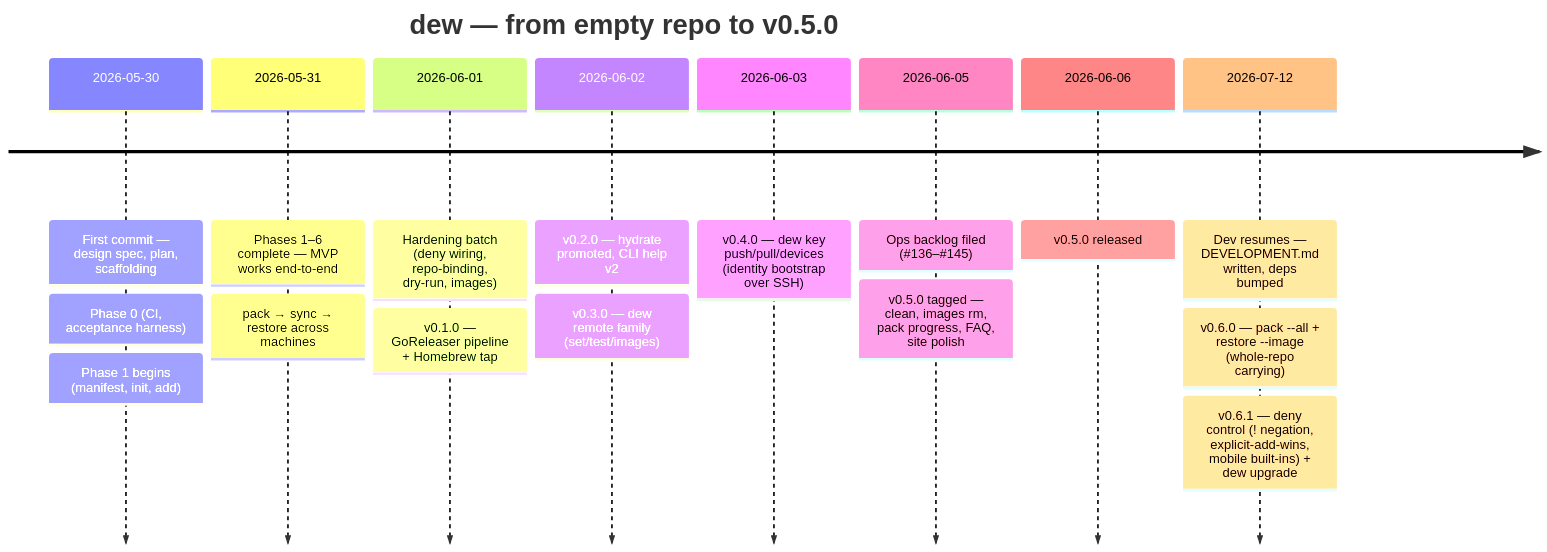
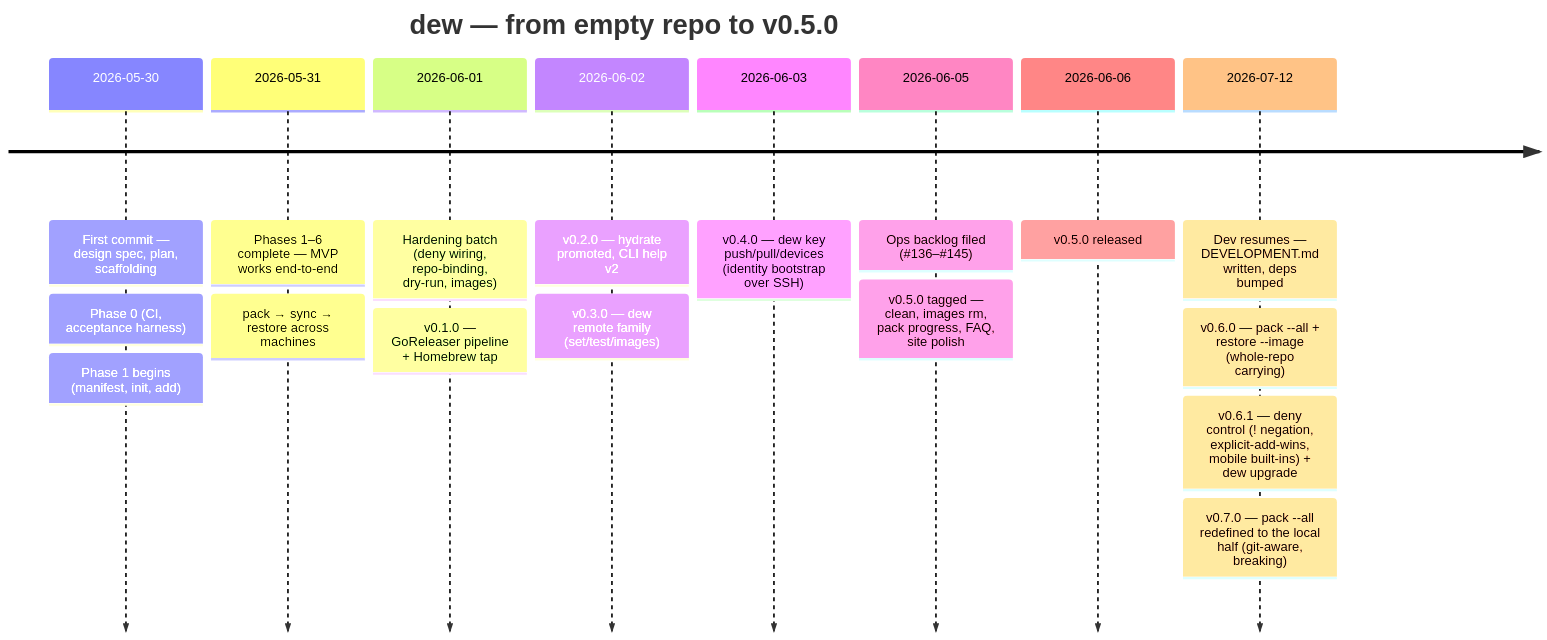
Before and after one commit to vedanta/dew: the second of 3 diagrams in docs/DEVELOPMENT.md, drawn with Mermaid. The commit also changed other lines of this file and 1 other file, not shown here.

First line of the commit message:
docs: v0.7.0 release notes (pack --all redefined to the local half) (#175)

````diff
--- a/docs/DEVELOPMENT.md
+++ b/docs/DEVELOPMENT.md
@@ -132,12 +132,12 @@
 ```mermaid
 timeline
     title dew — from empty repo to v0.5.0
     2026-05-30 : First commit — design spec, plan, scaffolding : Phase 0 (CI, acceptance harness) : Phase 1 begins (manifest, init, add)
     2026-05-31 : Phases 1–6 complete — MVP works end-to-end : pack → sync → restore across machines
     2026-06-01 : Hardening batch (deny wiring, repo-binding, dry-run, images) : v0.1.0 — GoReleaser pipeline + Homebrew tap
     2026-06-02 : v0.2.0 — hydrate promoted, CLI help v2 : v0.3.0 — dew remote family (set/test/images)
     2026-06-03 : v0.4.0 — dew key push/pull/devices (identity bootstrap over SSH)
     2026-06-05 : Ops backlog filed (#136–#145) : v0.5.0 tagged — clean, images rm, pack progress, FAQ, site polish
     2026-06-06 : v0.5.0 released
-    2026-07-12 : Dev resumes — DEVELOPMENT.md written, deps bumped : v0.6.0 — pack --all + restore --image (whole-repo carrying) : v0.6.1 — deny control (! negation, explicit-add-wins, mobile built-ins) + dew upgrade
+    2026-07-12 : Dev resumes — DEVELOPMENT.md written, deps bumped : v0.6.0 — pack --all + restore --image (whole-repo carrying) : v0.6.1 — deny control (! negation, explicit-add-wins, mobile built-ins) + dew upgrade : v0.7.0 — pack --all redefined to the local half (git-aware, breaking)
 ```
````
